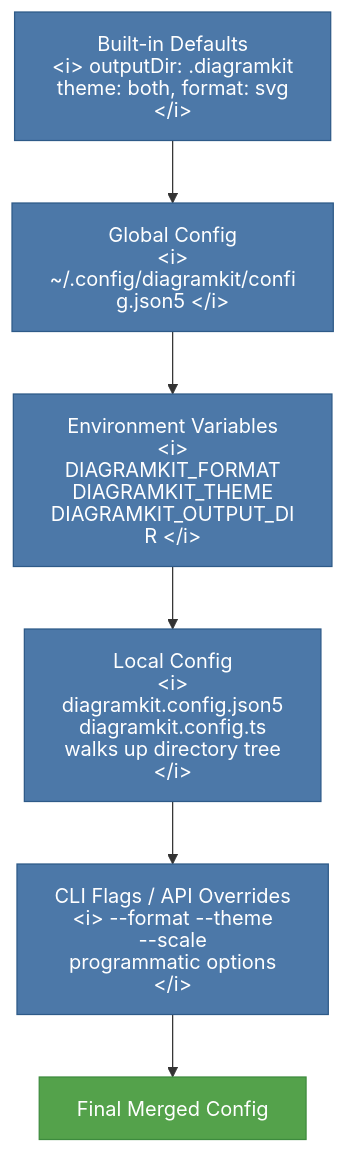
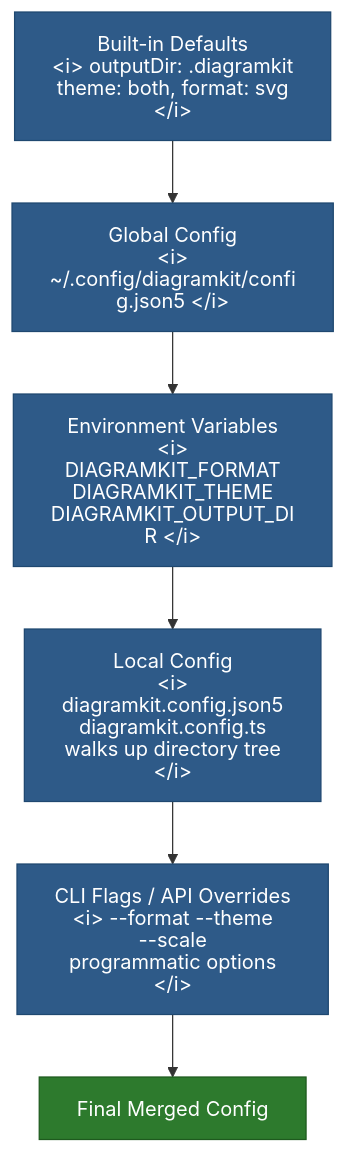
One commit to sujeet-pro/diagramkit changed the diagram in docs/guide/configuration/config-layers.mermaid. Above: the diagram before and after it, drawn with Mermaid. The commit also changed 74 other files, not shown here.

```diff
--- a/docs/guide/configuration/config-layers.mermaid
+++ b/docs/guide/configuration/config-layers.mermaid
@@ -1,15 +1,17 @@
 %% Diagram: Configuration Merge Order
 %% Type: flowchart
 %%{init: {'htmlLabels': false, 'flowchart': {'htmlLabels': false}}}%%
 flowchart TB
     defaults["Built-in Defaults<br/><i>outputDir: .diagramkit<br/>theme: both, format: svg</i>"] --> global_config
     global_config["Global Config<br/><i>~/.config/diagramkit/config.json5</i>"] --> env_vars
     env_vars["Environment Variables<br/><i>DIAGRAMKIT_FORMAT<br/>DIAGRAMKIT_THEME<br/>DIAGRAMKIT_OUTPUT_DIR</i>"] --> local_config
     local_config["Local Config<br/><i>diagramkit.config.json5<br/>diagramkit.config.ts<br/>walks up directory tree</i>"] --> cli_flags
     cli_flags["CLI Flags / API Overrides<br/><i>--format --theme --scale<br/>programmatic options</i>"] --> final
     final["Final Merged Config"]
 
-    classDef layer fill:#4C78A8,stroke:#2E5A88,color:#fff
-    classDef result fill:#54A24B,stroke:#3D8B3D,color:#fff
+    %% NOTE: fills are picked from the AA-compliant darker-mid-tone palette.
+    %% White text on these fills passes WCAG 2.2 AA (>= 4.5:1).
+    classDef layer fill:#2E5A88,stroke:#1F4870,color:#fff
+    classDef result fill:#2D7A2D,stroke:#1E5A1E,color:#fff
     class defaults,global_config,env_vars,local_config,cli_flags layer
     class final result
```
